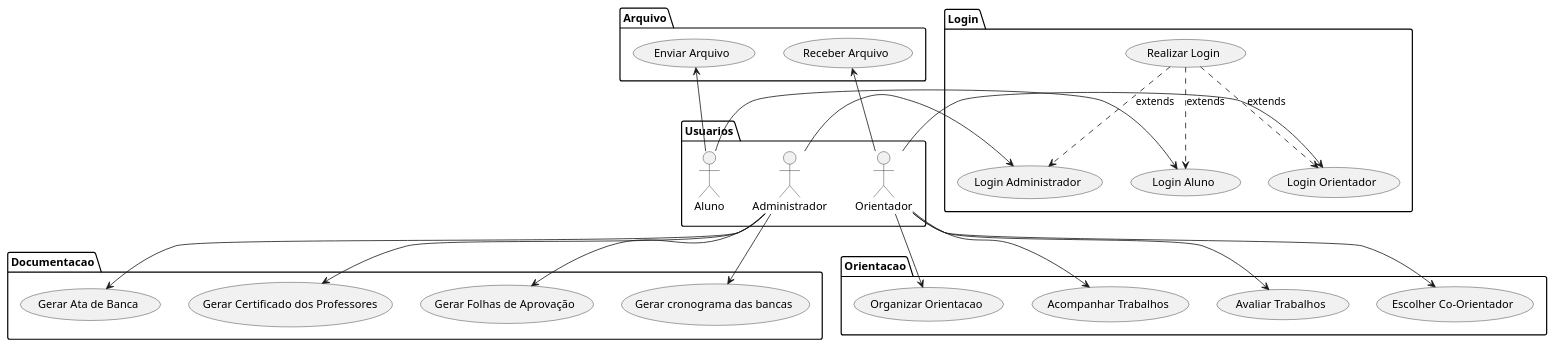
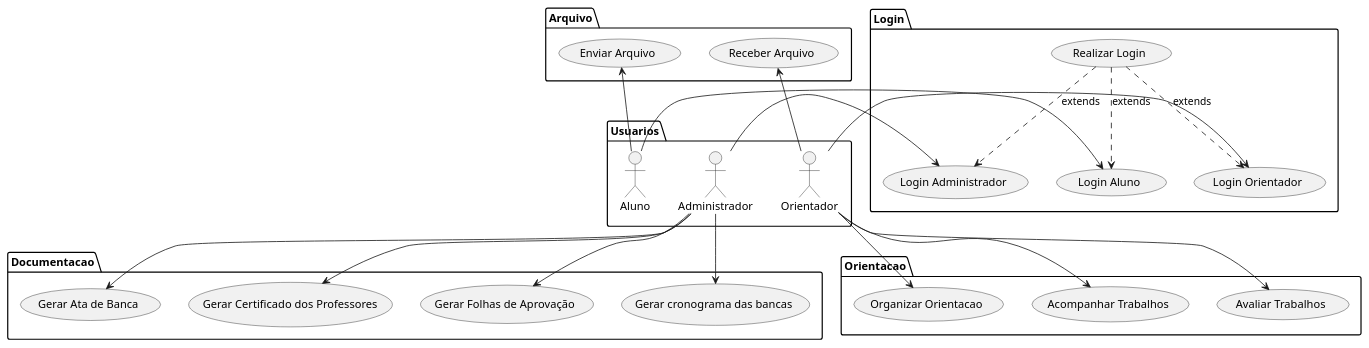
Before and after one commit to rjpgm/ProjetoEngSoftware: the diagram in reqs.md, drawn with PlantUML. The commit also changed other lines of this file, not shown here.

````diff
--- a/reqs.md
+++ b/reqs.md
@@ -13,48 +24,46 @@
 ```plantuml
 @startuml Login
 
 package Login{
     usecase "Realizar Login" as UC1
     usecase "Login Orientador" as UC2
     usecase "Login Aluno" as UC3
     usecase "Login Administrador" as UC4
 }
 package Usuarios{
     actor Administrador as admin
     actor Aluno as aluno
     actor Orientador as ori
 }
 package Orientacao{ 
     usecase "Organizar Orientacao" as UC5
     usecase "Acompanhar Trabalhos" as UC6
     usecase "Avaliar Trabalhos" as UC7
-    usecase "Escolher Co-Orientador" as UC14
 }
 package Documentacao{
     usecase "Gerar Ata de Banca" as UC8
     usecase "Gerar Certificado dos Professores" as UC9
     usecase "Gerar Folhas de Aprovação" as UC10
     usecase "Gerar cronograma das bancas" as UC11
 }
 package Arquivo{
     usecase "Enviar Arquivo" as UC12
     usecase "Receber Arquivo" as UC13
 }
 UC1 ..> UC2 : extends
 UC1 ..> UC3 : extends
 UC1 ..> UC4 : extends
 admin --> UC8
 admin --> UC9
 admin --> UC10
 admin --> UC11
 admin -> UC4
 aluno -> UC3
 UC12 <-- aluno
 ori -> UC2
 UC13 <-- ori
 ori --> UC5
 ori --> UC6
 ori --> UC7
-ori --> UC14
 @enduml
 ```
````
